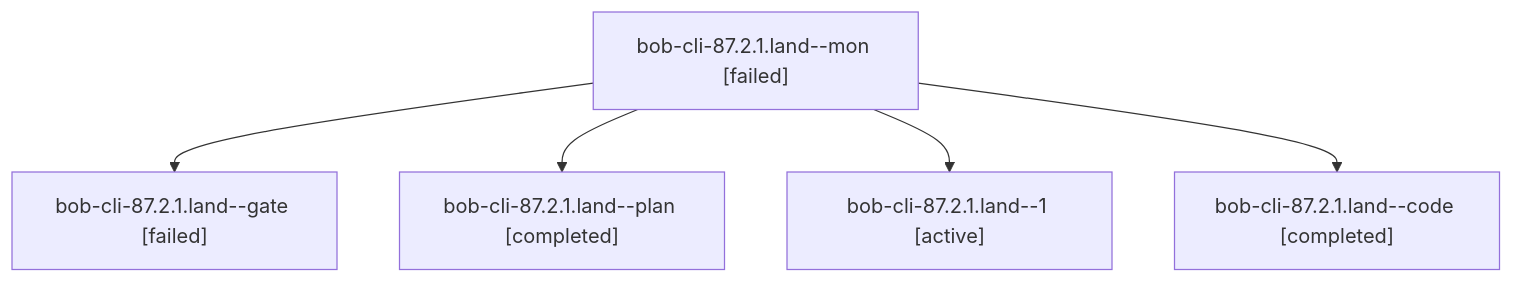
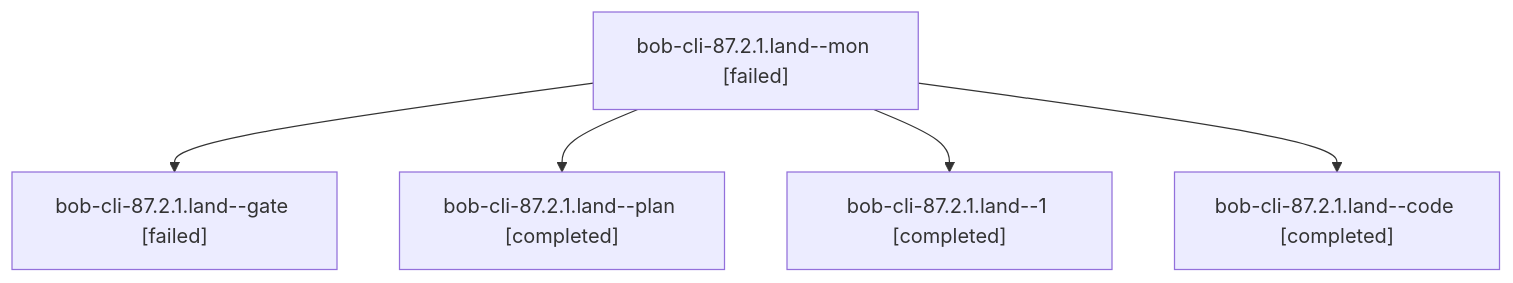
The diagram in sessions/bbugyi200.athena.bob-cli-87.2.1.land.md (bobs-org/bob-cli--agents), drawn with Mermaid before and after one commit. The commit also changed other lines of this file and 117 other files, not shown here.

````diff
--- a/sessions/bbugyi200.athena.bob-cli-87.2.1.land.md
+++ b/sessions/bbugyi200.athena.bob-cli-87.2.1.land.md
@@ -9,12 +9,12 @@
 ```mermaid
 flowchart TD
   n0["bob-cli-87.2.1.land--mon [failed]"]
   n1["bob-cli-87.2.1.land--gate [failed]"]
   n0 --> n1
   n2["bob-cli-87.2.1.land--plan [completed]"]
   n0 --> n2
-  n3["bob-cli-87.2.1.land--1 [active]"]
+  n3["bob-cli-87.2.1.land--1 [completed]"]
   n0 --> n3
   n4["bob-cli-87.2.1.land--code [completed]"]
   n0 --> n4
 ```
````
